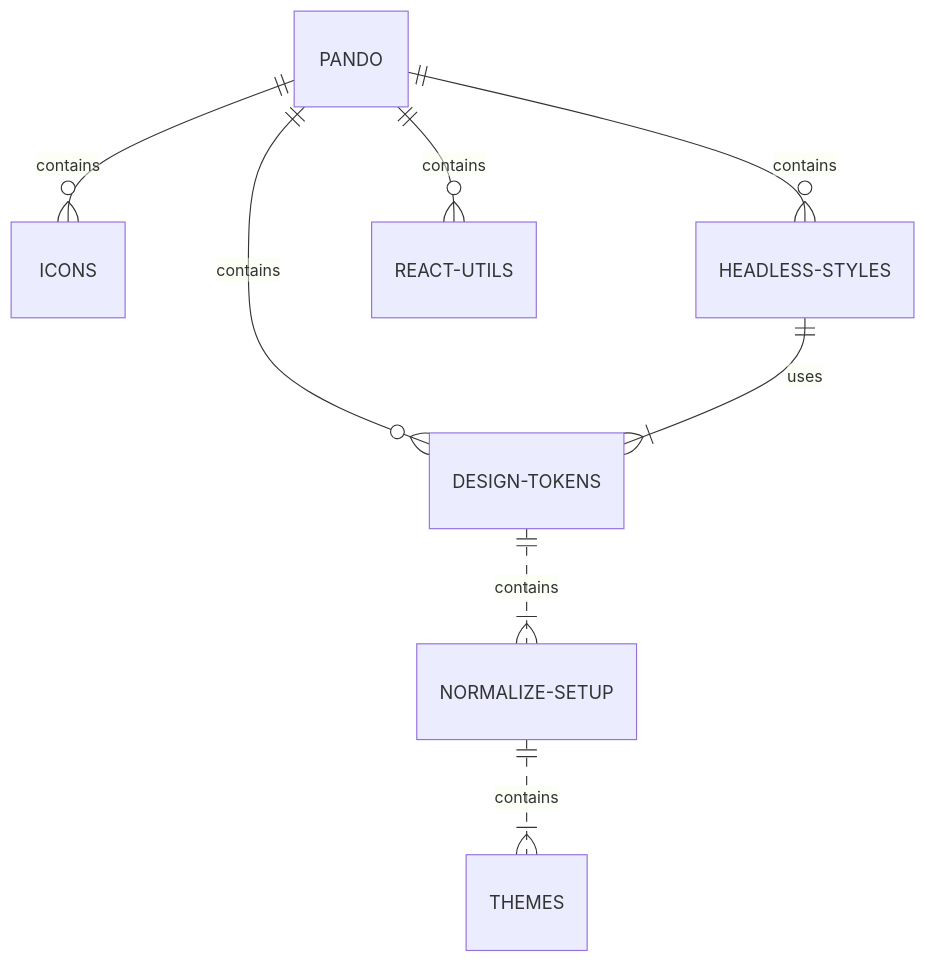
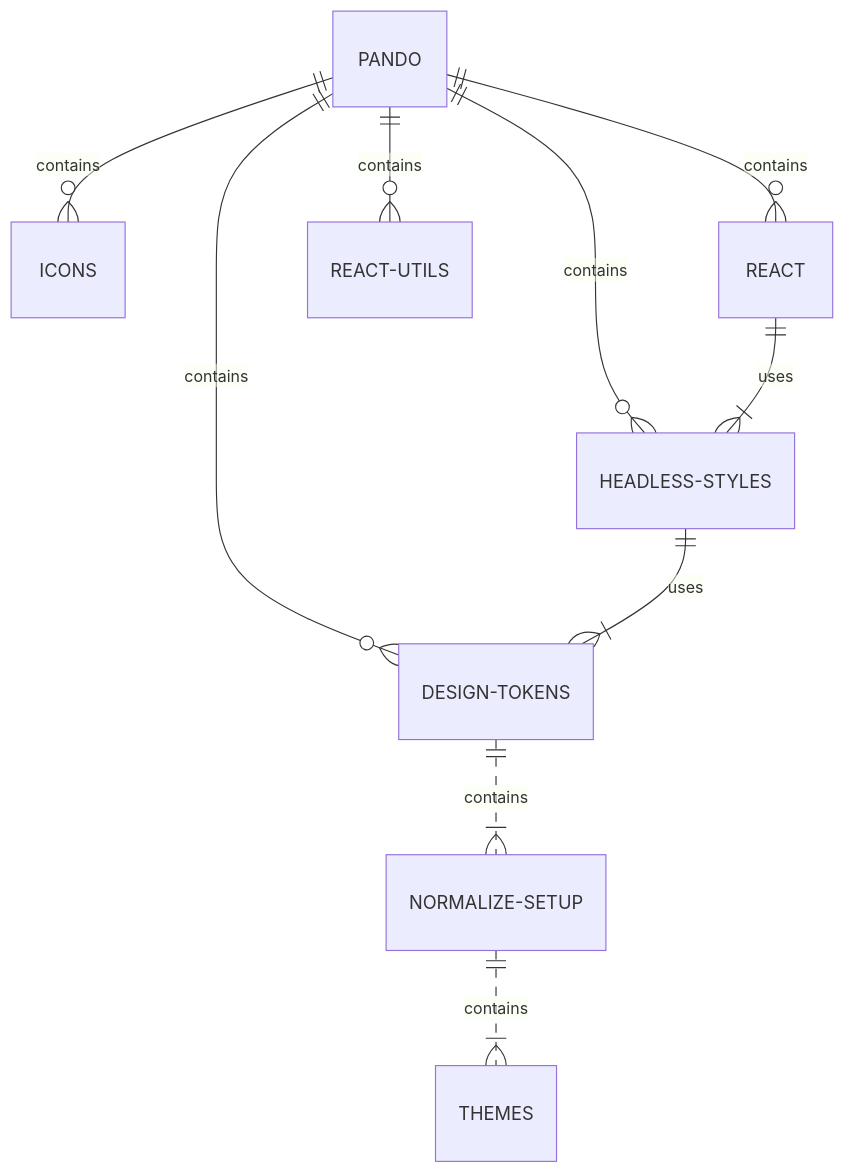
Before and after one commit to tim-roberts1/tva: the diagram in packages/react/README.md, drawn with Mermaid. The commit also changed other lines of this file and 70 other files, not shown here.

````diff
--- a/packages/react/README.md
+++ b/packages/react/README.md
@@ -9,10 +7,12 @@
 ```mermaid
 erDiagram
   PANDO ||--o{ DESIGN-TOKENS : contains
   PANDO ||--o{ ICONS : contains
   PANDO ||--o{ HEADLESS-STYLES : contains
+  PANDO ||--o{ REACT : contains
   PANDO ||--o{ REACT-UTILS : contains
   DESIGN-TOKENS ||..|{ NORMALIZE-SETUP : contains
   NORMALIZE-SETUP ||..|{ THEMES : contains
   HEADLESS-STYLES ||--|{ DESIGN-TOKENS : uses
+  REACT ||--|{ HEADLESS-STYLES : uses
 ```
````
